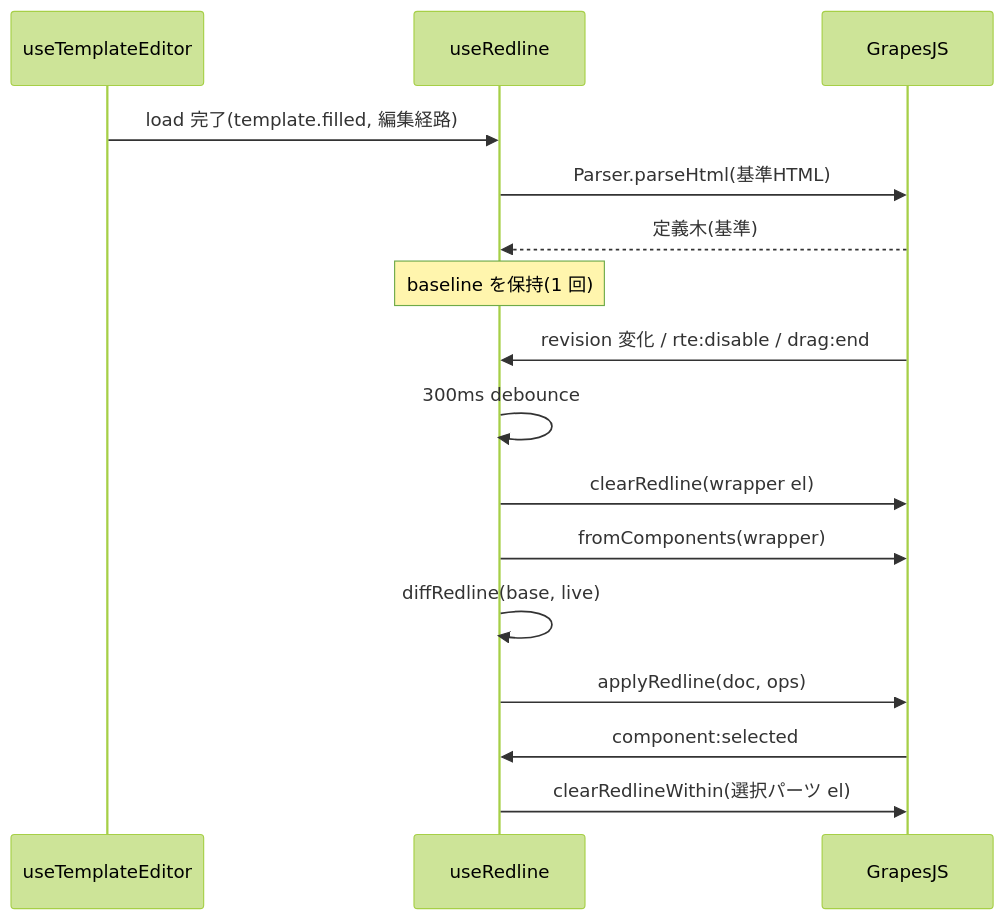
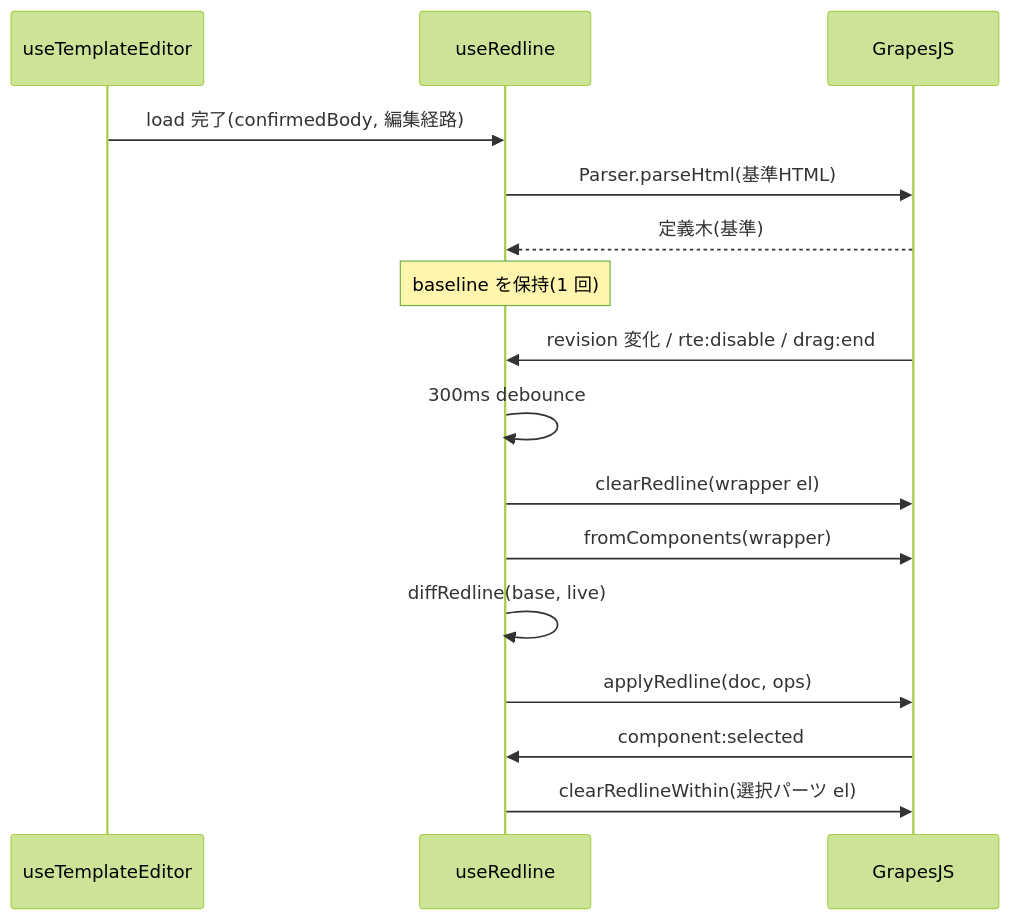
Before and after one commit to koichi-araki-0801/workspace: the diagram in docs/superpowers/specs/2026-09-02-editor-canvas-redline-design.md, drawn with Mermaid (forest theme). The commit also changed other lines of this file and 3 other files, not shown here.

````diff
--- a/docs/superpowers/specs/2026-09-02-editor-canvas-redline-design.md
+++ b/docs/superpowers/specs/2026-09-02-editor-canvas-redline-design.md
@@ -209,18 +212,18 @@
 ```mermaid
 sequenceDiagram
   participant E as useTemplateEditor
   participant R as useRedline
   participant G as GrapesJS
-  E->>R: load 完了(template.filled, 編集経路)
+  E->>R: load 完了(confirmedBody, 編集経路)
   R->>G: Parser.parseHtml(基準HTML)
   G-->>R: 定義木(基準)
   Note over R: baseline を保持(1 回)
   G->>R: revision 変化 / rte:disable / drag:end
   R->>R: 300ms debounce
   R->>G: clearRedline(wrapper el)
   R->>G: fromComponents(wrapper)
   R->>R: diffRedline(base, live)
   R->>G: applyRedline(doc, ops)
   G->>R: component:selected
   R->>G: clearRedlineWithin(選択パーツ el)
 ```
````
